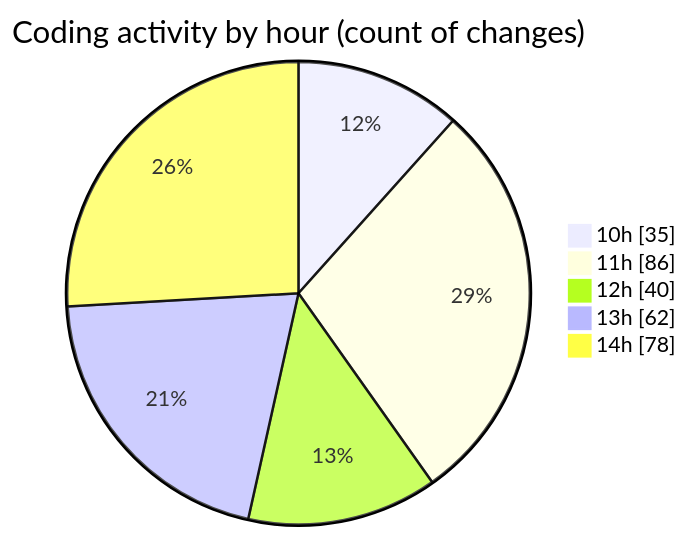
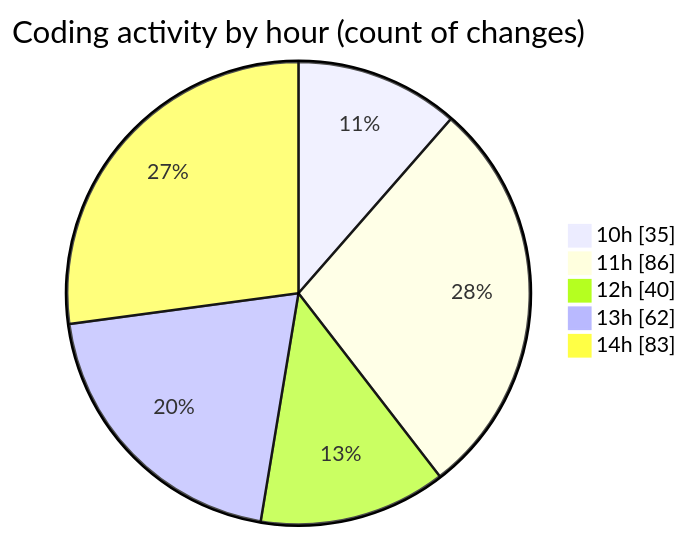
Before and after one commit to momahboobian/code-tracking: the second of 2 diagrams in 2025-03-28/cda/README.md, drawn with Mermaid. The commit also changed other lines of this file and 1 other file, not shown here.

````diff
--- a/2025-03-28/cda/README.md
+++ b/2025-03-28/cda/README.md
@@ -37,9 +37,9 @@
 ```mermaid
 pie showData
 title Coding activity by hour (count of changes)
 "10h" : 35
 "11h" : 86
 "12h" : 40
 "13h" : 62
-"14h" : 78
+"14h" : 83
 ```
````
